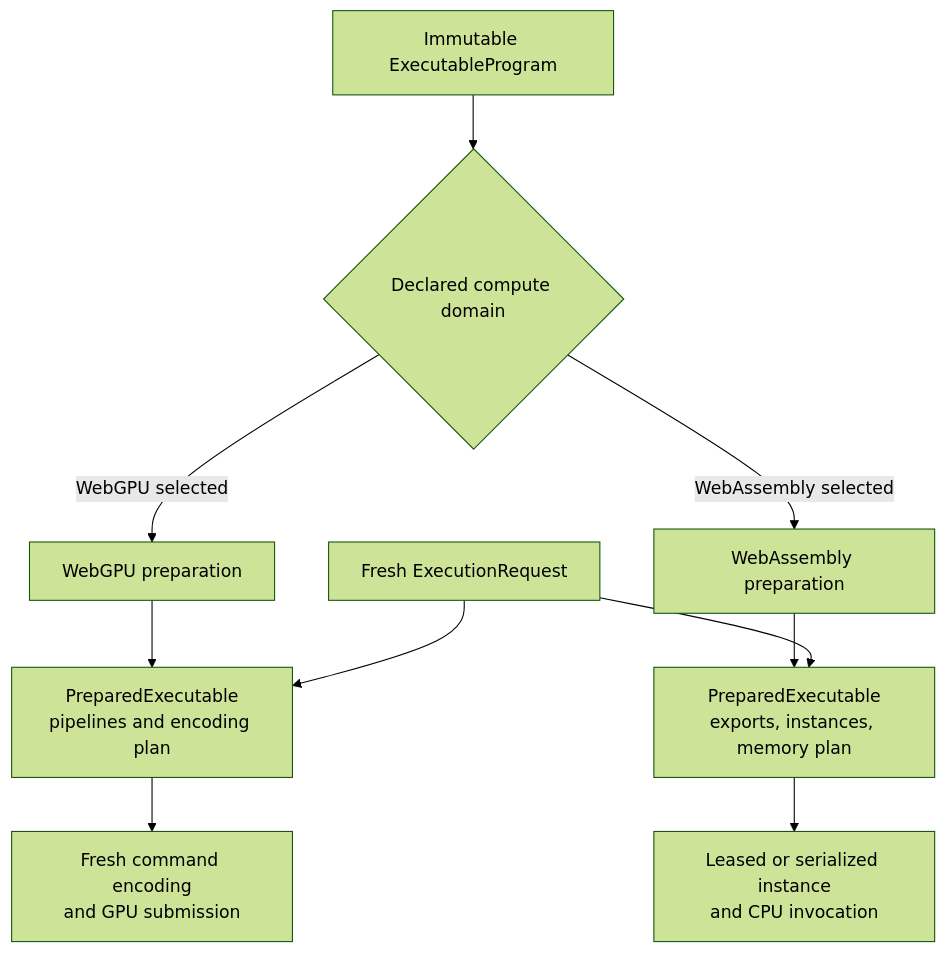
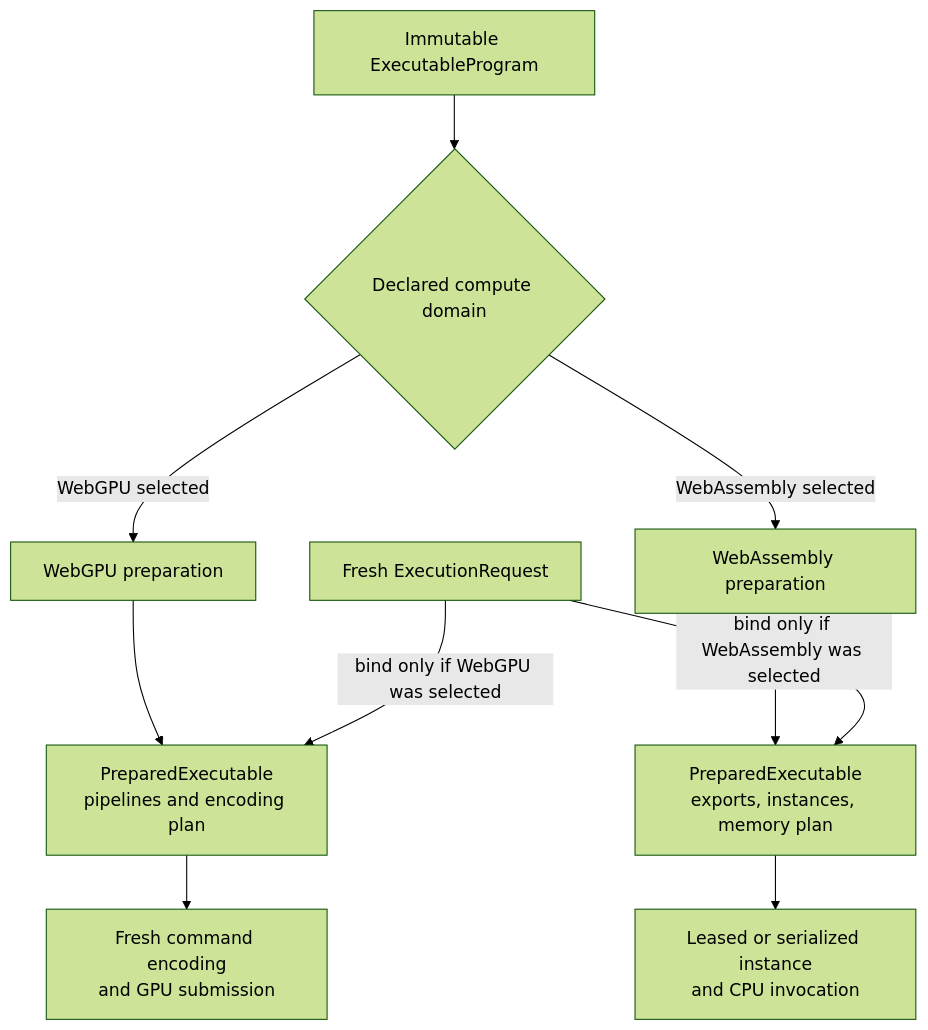
One commit to isaacperez/tabgrad changed the first of 2 diagrams in docs/architecture/backend-execution.md. Above: the diagram before and after it, drawn with Mermaid (forest theme). The commit also changed 2 other files, not shown here.

Commit message:
Align compute and transfer summaries

````diff
--- a/docs/architecture/backend-execution.md
+++ b/docs/architecture/backend-execution.md
@@ -61,16 +61,16 @@
 ```mermaid
 flowchart TD
     Program[Immutable ExecutableProgram]
     Request[Fresh ExecutionRequest]
     Target{Declared compute domain}
 
     Program --> Target
     Target -->|WebGPU selected| WGPrep[WebGPU preparation]
     Target -->|WebAssembly selected| WAPrep[WebAssembly preparation]
     WGPrep --> WGReady[PreparedExecutable<br/>pipelines and encoding plan]
     WAPrep --> WAReady[PreparedExecutable<br/>exports, instances, memory plan]
-    Request --> WGReady
-    Request --> WAReady
+    Request -->|bind only if WebGPU was selected| WGReady
+    Request -->|bind only if WebAssembly was selected| WAReady
     WGReady --> GPU[Fresh command encoding<br/>and GPU submission]
     WAReady --> CPU[Leased or serialized instance<br/>and CPU invocation]
 ```
````
